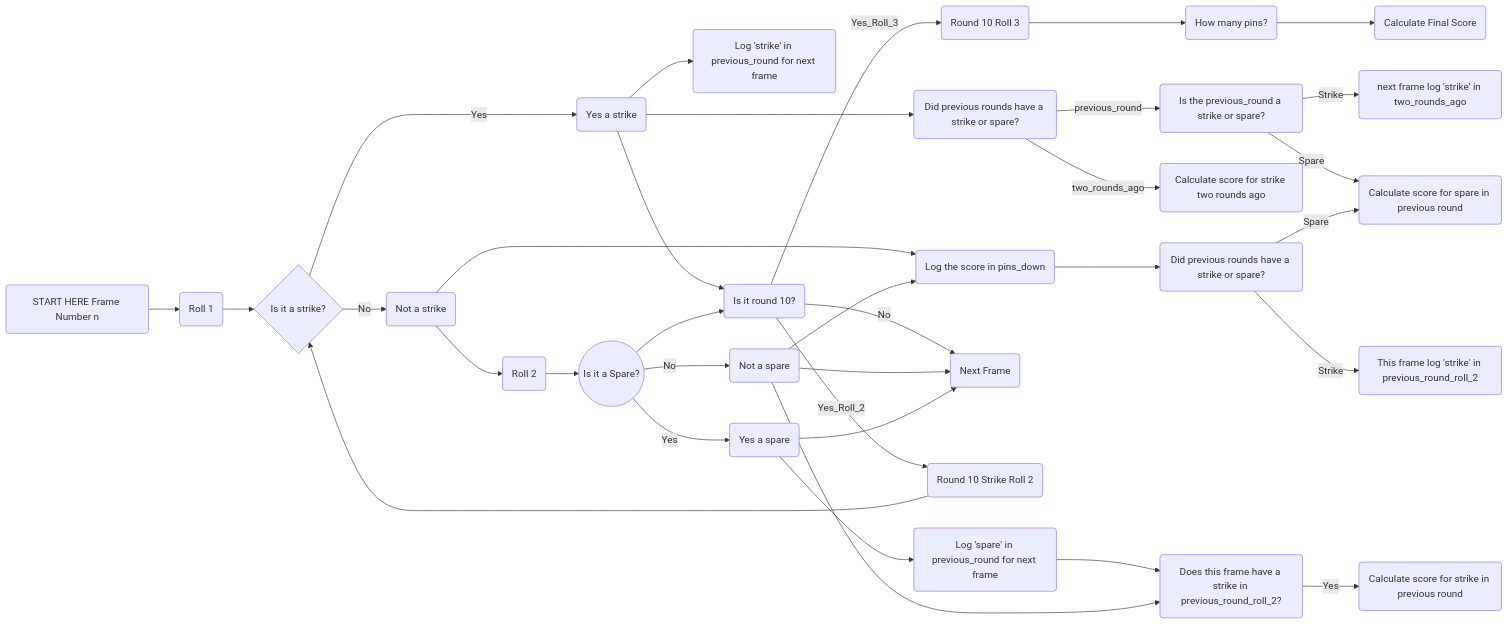
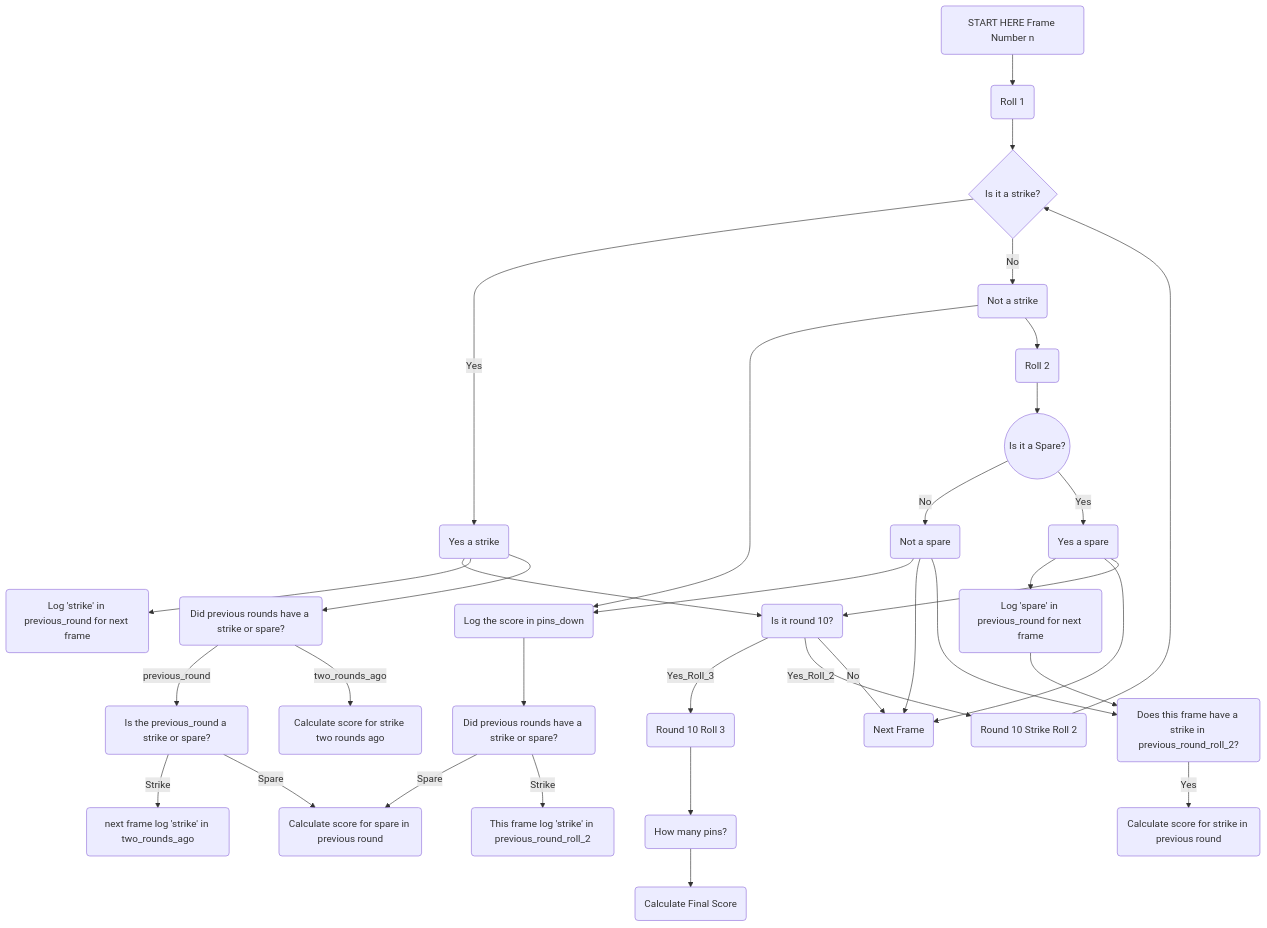
Before and after one commit to makersacademy/bowling-challenge-ruby: the diagram in README.md, drawn with Mermaid.

Commit message:
another tweak to the diagram

````diff
--- a/README.md
+++ b/README.md
@@ -11,66 +11,66 @@
 ```mermaid
 
-flowchart LR
+flowchart TD
     A(START HERE Frame Number n)
     C{Is it a strike?}
     D(Log 'strike' in previous_round for next frame)
     E(Did previous rounds have a strike or spare?)
     F(Is the previous_round a strike or spare?)
     G(next frame log 'strike' in two_rounds_ago)
     H(Calculate score for spare in previous round)
     I((Is it a Spare?))
     J(Log the score in pins_down)
     K(Log 'spare' in previous_round for next frame)
     L(Does this frame have a strike in previous_round_roll_2?)
     M(Roll 1)
     N(Roll 2)
     P(Not a spare)
     Q(Next Frame)
     R(Yes a spare)
     S(Yes a strike)
     T(Not a strike)
     U(Calculate score for strike two rounds ago)
     V(Did previous rounds have a strike or spare?)
     W(This frame log 'strike' in previous_round_roll_2)
     X(Calculate score for strike in previous round)
     Y(Is it round 10?)
     Z(Round 10 Strike Roll 2)
     AA(Round 10 Roll 3)
     BA(Calculate Final Score)
     CA(How many pins?)
     A --> M
     N --> I
     M --> C
     C -->|Yes| S
     S --> Y
     Y -->|Yes_Roll_3| AA
     Y -->|Yes_Roll_2| Z
     Z --> C
     Y -->|No| Q
     S --> D
     S --> E
     E -->|previous_round| F
     E -->|two_rounds_ago| U
     F -->|Strike| G
     F -->|Spare| H
     C -->|No| T
     T --> J
     I -->|No| P
     P --> J
     P --> Q
     I -->|Yes|R
     R --> K
     K --> L
     L -->|Yes|X
     R --> Q
     T --> N
     J --> V
     V -->|Spare|H
     V -->|Strike|W
     AA --> CA
     CA --> BA
-    I --> Y
+    R --> Y
     P --> L
     
 
 ```
````
